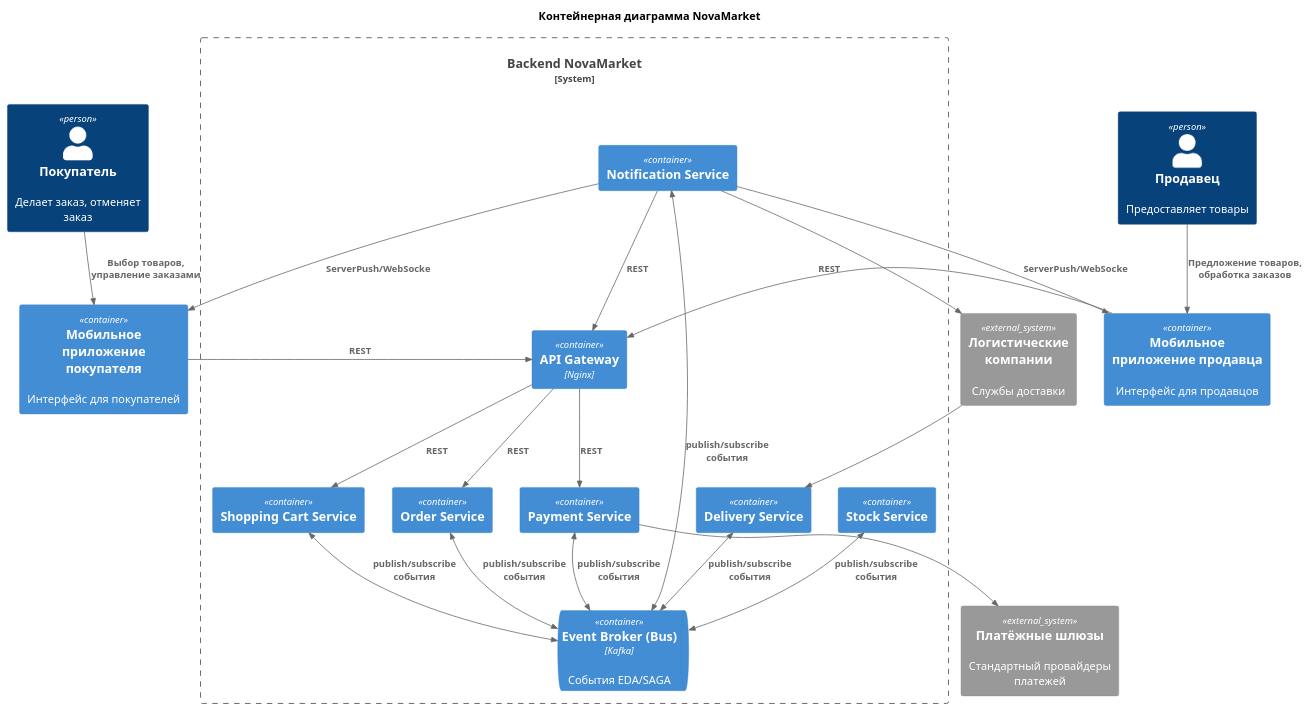
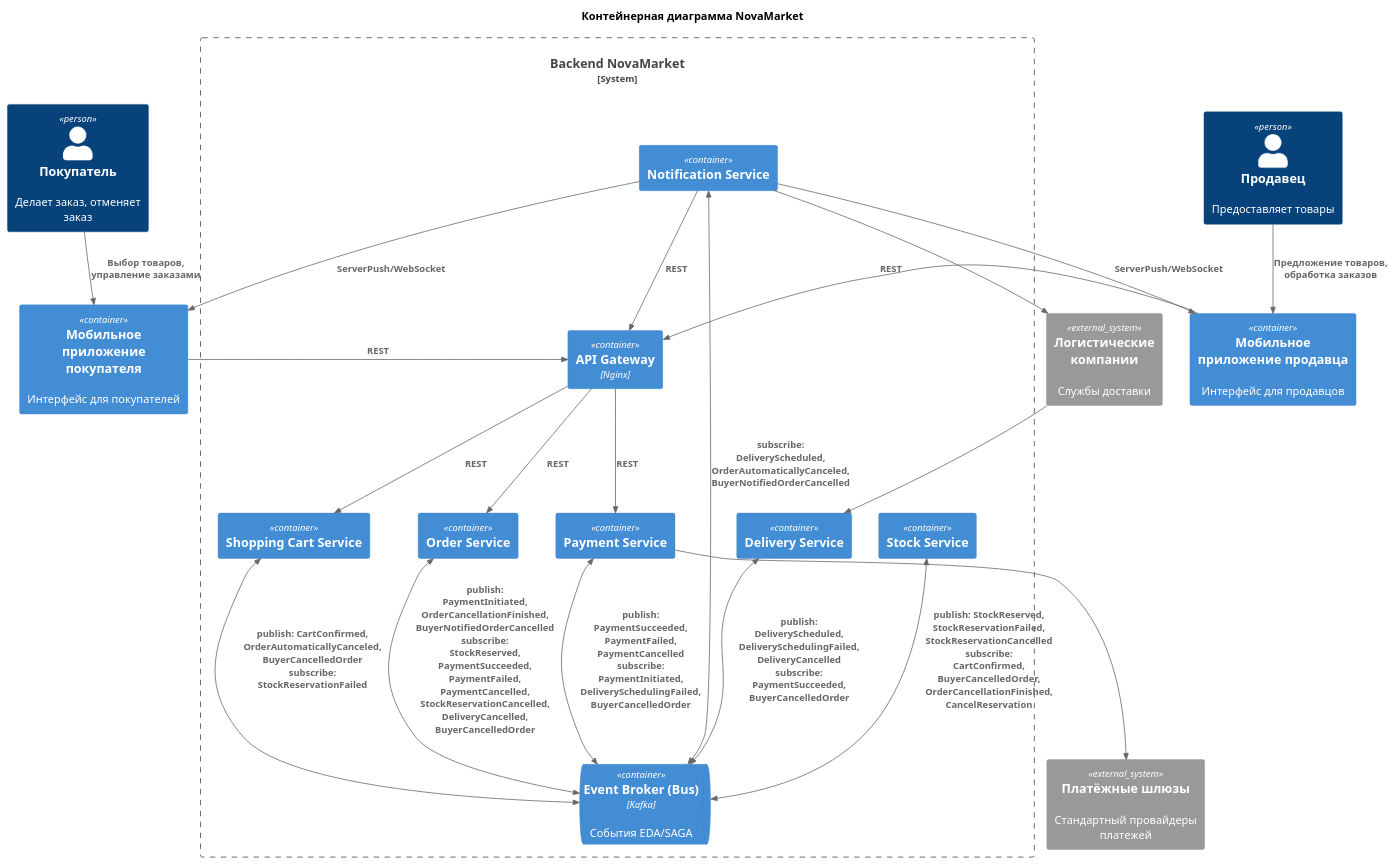
One commit to Babikoff/MSA-3-NovaMarket changed the diagram in Task1/C2.puml. Above: the diagram before and after it, drawn with PlantUML. The commit also changed 9 other files, not shown here.

```diff
--- a/Task1/C2.puml
+++ b/Task1/C2.puml
@@ -1,62 +1,62 @@
 @startuml C2_NovaMarket
 !include https://raw.githubusercontent.com/plantuml-stdlib/C4-PlantUML/master/C4_Container.puml
 
 title Контейнерная диаграмма NovaMarket
 
 'Акторы
 Person(buyer, "Покупатель", "Делает заказ, отменяет заказ")
 Person(seller, "Продавец", "Предоставляет товары")
 
 Container(buyerMobileApp, "Мобильное приложение покупателя", "", "Интерфейс для покупателей")
 Container(sellerMobileApp, "Мобильное приложение продавца", "", "Интерфейс для продавцов")
 
 System_Ext(paymentGateways, "Платёжные шлюзы", "Стандартный провайдеры платежей")
 System_Ext(logisticsCompanies, "Логистические компании", "Службы доставки")
 
 'Граница облачной системы
 System_Boundary(backend_system, "Backend NovaMarket") {
   Container(apiGateway, "API Gateway", "Nginx", "")
 
   Container(shoppingCartService, "Shopping Cart Service", "", "")
   Container(stockService, "Stock Service", "", "")
   Container(orderService, "Order Service", "", "")
   Container(paymentService, "Payment Service", "", "")
   Container(deliveryService, "Delivery Service", "", "")
   Container(notificationService, "Notification Service", "", "")
 
   ContainerQueue(kafka, "Event Broker (Bus)", "Kafka", "События EDA/SAGA")
 }
 
 'СВЯЗИ
 'Пользователи -> Приложения
 Rel(buyer, buyerMobileApp, "Выбор товаров, управление заказами")
 Rel(seller, sellerMobileApp, "Предложение товаров, обработка заказов")
 
 'Приложения -> API
 Rel(buyerMobileApp, apiGateway, "REST")
 Rel(sellerMobileApp, apiGateway, "REST")
 
 'API -> микросервисы
 Rel(apiGateway, shoppingCartService, "REST")
 Rel(apiGateway, orderService, "REST")
 Rel(apiGateway, paymentService, "REST")
 Rel(notificationService, apiGateway, "REST")
 
 'Нотификации
-Rel(notificationService, buyerMobileApp, "ServerPush/WebSocke")
-Rel(notificationService, sellerMobileApp, "ServerPush/WebSocke")
+Rel(notificationService, buyerMobileApp, "ServerPush/WebSocket")
+Rel(notificationService, sellerMobileApp, "ServerPush/WebSocket")
 
 'Интеграции
 Rel(paymentService, paymentGateways, "")
 Rel(logisticsCompanies, deliveryService, "")
 Rel(notificationService, logisticsCompanies, "")
 
 'Хореография: все микросервисы обмениваются событиями через Event Bus (Kafka)
-BiRel(shoppingCartService, kafka, "publish/subscribe события")
-BiRel(stockService, kafka, "publish/subscribe события")
-BiRel(orderService, kafka, "publish/subscribe события")
-BiRel(paymentService, kafka, "publish/subscribe события")
-BiRel(deliveryService, kafka, "publish/subscribe события")
-BiRel(notificationService, kafka, "publish/subscribe события")
+BiRel(shoppingCartService, kafka, "publish: CartConfirmed, OrderAutomaticallyCanceled, BuyerCancelledOrder\nsubscribe: StockReservationFailed")
+BiRel(stockService, kafka, "publish: StockReserved, StockReservationFailed, StockReservationCancelled\nsubscribe: CartConfirmed, BuyerCancelledOrder, OrderCancellationFinished, CancelReservation")
+BiRel(orderService, kafka, "publish: PaymentInitiated, OrderCancellationFinished, BuyerNotifiedOrderCancelled\nsubscribe: StockReserved, PaymentSucceeded, PaymentFailed, PaymentCancelled, StockReservationCancelled, DeliveryCancelled, BuyerCancelledOrder")
+BiRel(paymentService, kafka, "publish: PaymentSucceeded, PaymentFailed, PaymentCancelled\nsubscribe: PaymentInitiated, DeliverySchedulingFailed, BuyerCancelledOrder")
+BiRel(deliveryService, kafka, "publish: DeliveryScheduled, DeliverySchedulingFailed, DeliveryCancelled\nsubscribe: PaymentSucceeded, BuyerCancelledOrder")
+BiRel(notificationService, kafka, "subscribe: DeliveryScheduled, OrderAutomaticallyCanceled, BuyerNotifiedOrderCancelled")
 
 @enduml
```
